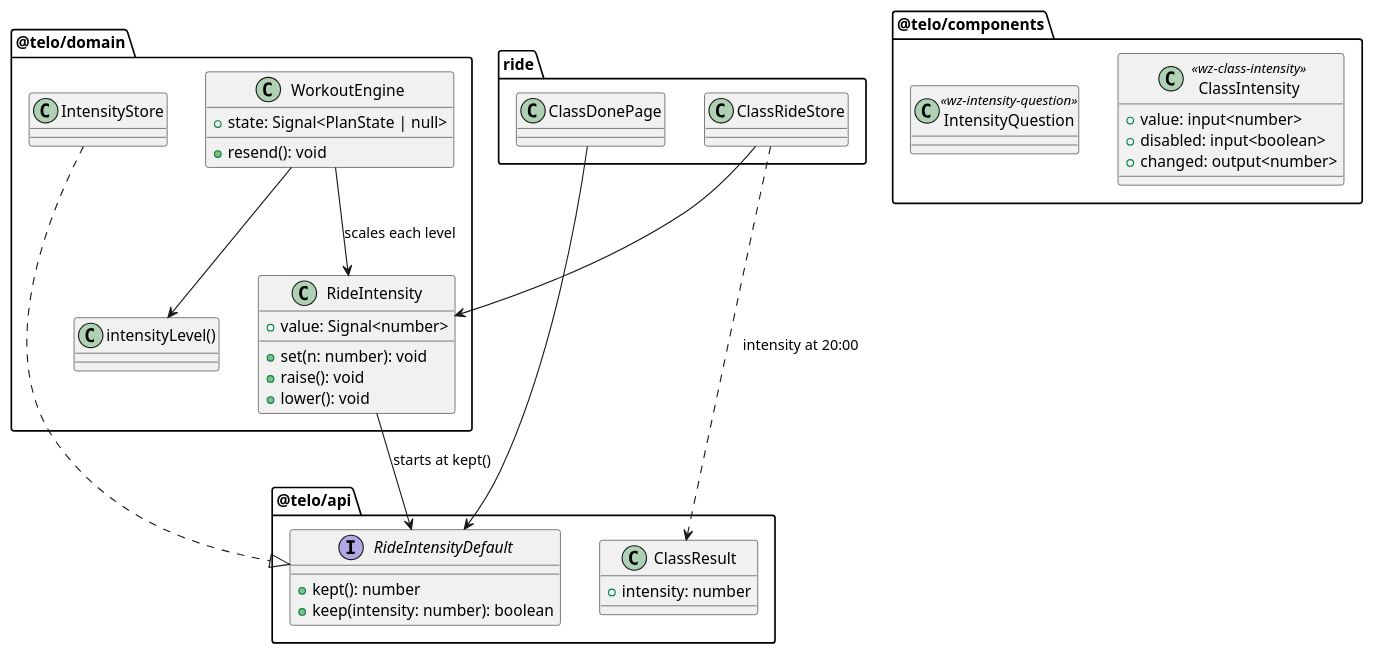
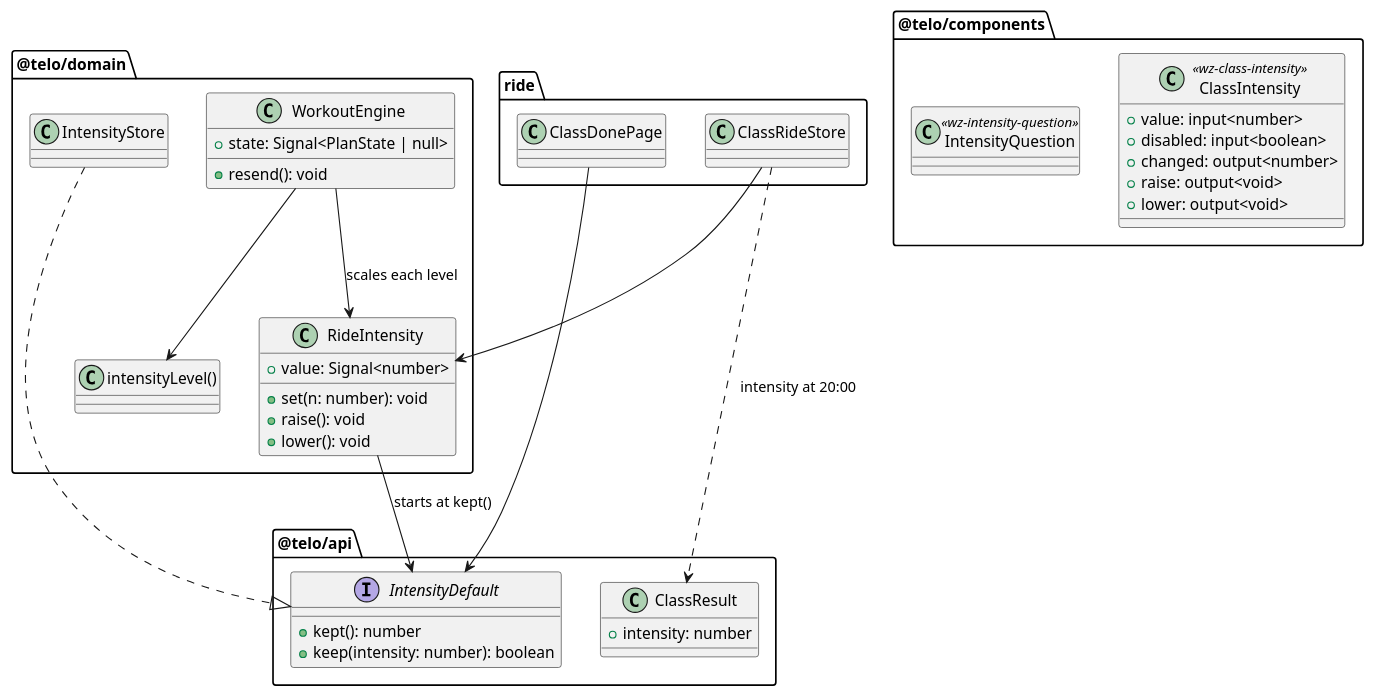
One commit to QuinntyneBrown/ride-one changed the diagram in docs/detailed-designs/class-ride/set-the-intensity/diagrams/class-structure.puml. Above: the diagram before and after it, drawn with PlantUML. The commit also changed 8 other files, not shown here.

```diff
--- a/docs/detailed-designs/class-ride/set-the-intensity/diagrams/class-structure.puml
+++ b/docs/detailed-designs/class-ride/set-the-intensity/diagrams/class-structure.puml
@@ -1,51 +1,53 @@
 @startuml
 skinparam backgroundColor #FFFFFF
 skinparam shadowing false
 skinparam defaultFontName Arial
 
 package "@telo/api" {
-  interface RideIntensityDefault {
+  interface IntensityDefault {
     +kept(): number
     +keep(intensity: number): boolean
   }
   class ClassResult {
     +intensity: number
   }
 }
 
 package "@telo/domain" {
   class "intensityLevel()" as Rule
   class RideIntensity {
     +value: Signal<number>
     +set(n: number): void
     +raise(): void
     +lower(): void
   }
   class WorkoutEngine {
     +state: Signal<PlanState | null>
     +resend(): void
   }
   class IntensityStore
-  IntensityStore ..|> RideIntensityDefault
-  RideIntensity --> RideIntensityDefault : starts at kept()
+  IntensityStore ..|> IntensityDefault
+  RideIntensity --> IntensityDefault : starts at kept()
   WorkoutEngine --> RideIntensity : scales each level
   WorkoutEngine --> Rule
 }
 
 package "@telo/components" {
   class ClassIntensity <<wz-class-intensity>> {
     +value: input<number>
     +disabled: input<boolean>
     +changed: output<number>
+    +raise: output<void>
+    +lower: output<void>
   }
   class IntensityQuestion <<wz-intensity-question>>
 }
 
 package "ride" {
   class ClassRideStore
   class ClassDonePage
   ClassRideStore --> RideIntensity
   ClassRideStore ..> ClassResult : intensity at 20:00
-  ClassDonePage --> RideIntensityDefault
+  ClassDonePage --> IntensityDefault
 }
 @enduml
```
